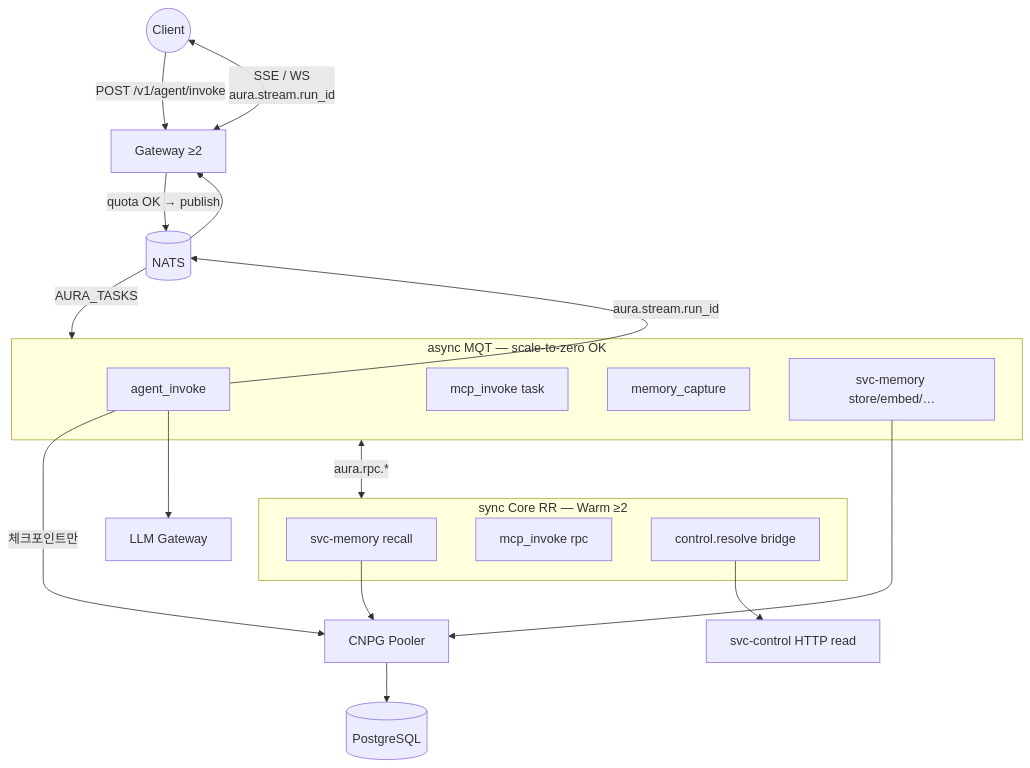
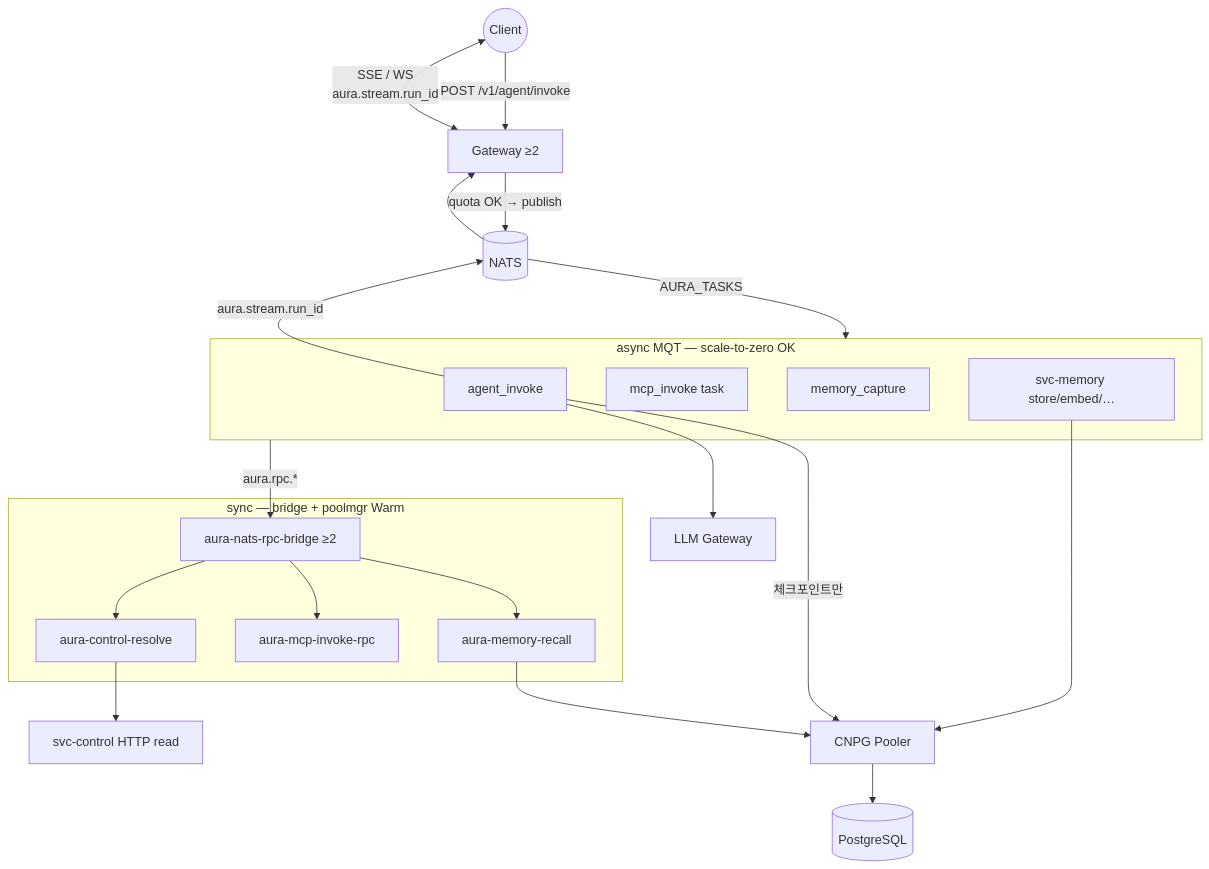
One commit to yoosungung/aura changed the second of 6 diagrams in MESSAGE-FLOW.md. Above: the diagram before and after it, drawn with Mermaid. The commit also changed other lines of this file and 87 other files, not shown here.

First line of the commit message:
Unify sync RPC via shared NATS→Fission bridge and poolmgr Warm.

````diff
--- a/MESSAGE-FLOW.md
+++ b/MESSAGE-FLOW.md
@@ -52,34 +52,38 @@
 ```mermaid
 flowchart TB
   Client((Client))
 
   Client -->|"POST /v1/agent/invoke"| GW[Gateway ≥2]
   Client <-->|"SSE / WS<br/>aura.stream.run_id"| GW
 
   GW -->|"quota OK → publish"| NATS[(NATS)]
 
   subgraph async["async MQT — scale-to-zero OK"]
     AI[agent_invoke]
     MCP_T[mcp_invoke task]
     CAP[memory_capture]
     STORE[svc-memory store/embed/…]
   end
 
-  subgraph sync["sync Core RR — Warm ≥2"]
-    RECALL[svc-memory recall]
-    MCP_R[mcp_invoke rpc]
-    RESOLVE[control.resolve bridge]
+  subgraph sync["sync — bridge + poolmgr Warm"]
+    BR[aura-nats-rpc-bridge ≥2]
+    RECALL[aura-memory-recall]
+    MCP_R[aura-mcp-invoke-rpc]
+    RESOLVE[aura-control-resolve]
   end
 
   NATS -->|"AURA_TASKS"| async
-  async <-->|"aura.rpc.*"| sync
+  async -->|"aura.rpc.*"| BR
+  BR --> RECALL
+  BR --> MCP_R
+  BR --> RESOLVE
   AI -->|"aura.stream.run_id"| NATS
   NATS --> GW
 
   RESOLVE --> CTRL[svc-control HTTP read]
   STORE --> POOLER[CNPG Pooler]
   RECALL --> POOLER
   POOLER --> PG[(PostgreSQL)]
   AI -->|"체크포인트만"| POOLER
   AI --> LLM[LLM Gateway]
 ```
````
